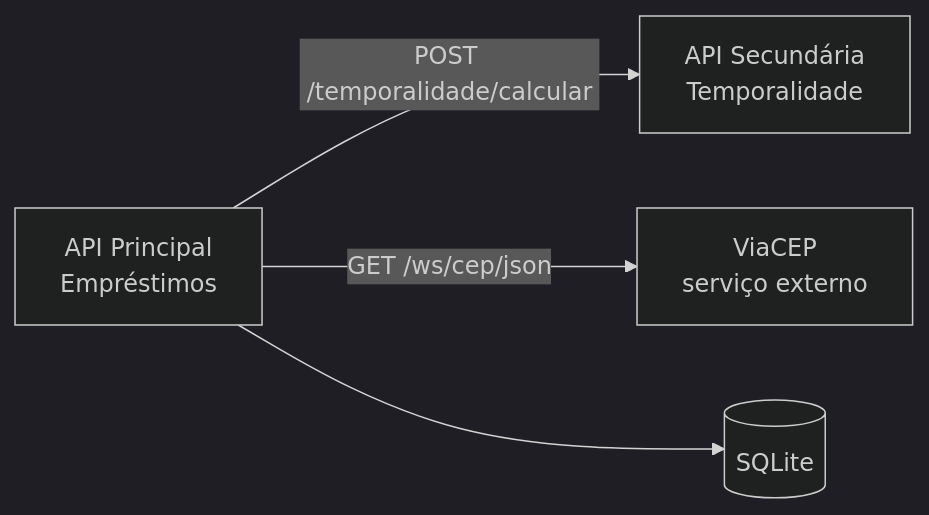
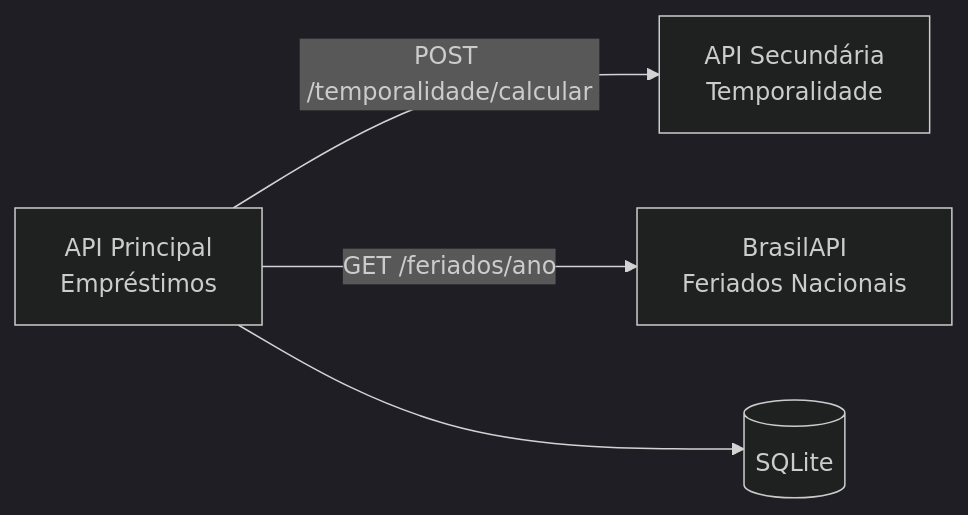
One commit to anapoffo/mvp-api-emprestimos changed the diagram in README.md. Above: the diagram before and after it, drawn with Mermaid (dark theme). The commit also changed other lines of this file, not shown here.

First line of the commit message:
Revise README for API functionality and services

````diff
--- a/README.md
+++ b/README.md
@@ -9,6 +11,6 @@
 ```mermaid
 graph LR
     A[API Principal<br/>Empréstimos] -->|POST /temporalidade/calcular| B[API Secundária<br/>Temporalidade]
-    A -->|GET /ws/cep/json| C[ViaCEP<br/>serviço externo]
+    A -->|GET /feriados/ano| C[BrasilAPI<br/>Feriados Nacionais]
     A --> D[(SQLite)]
 ```
````
